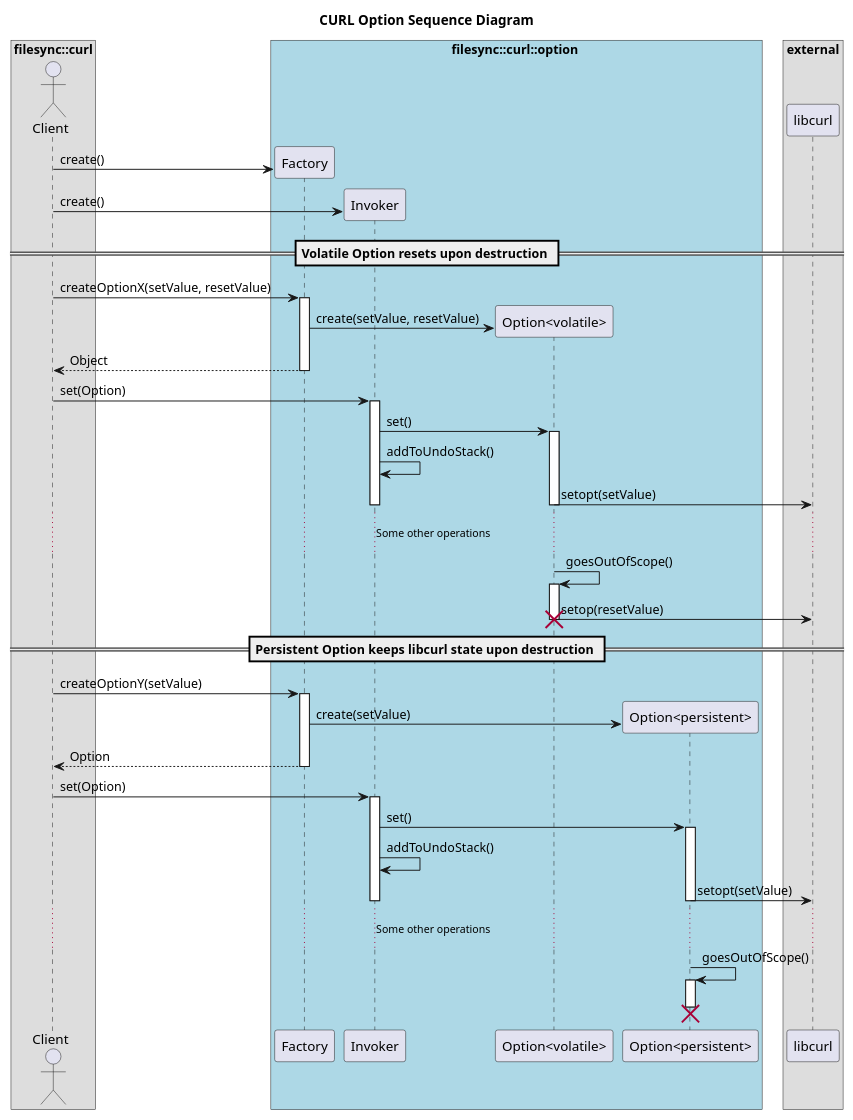
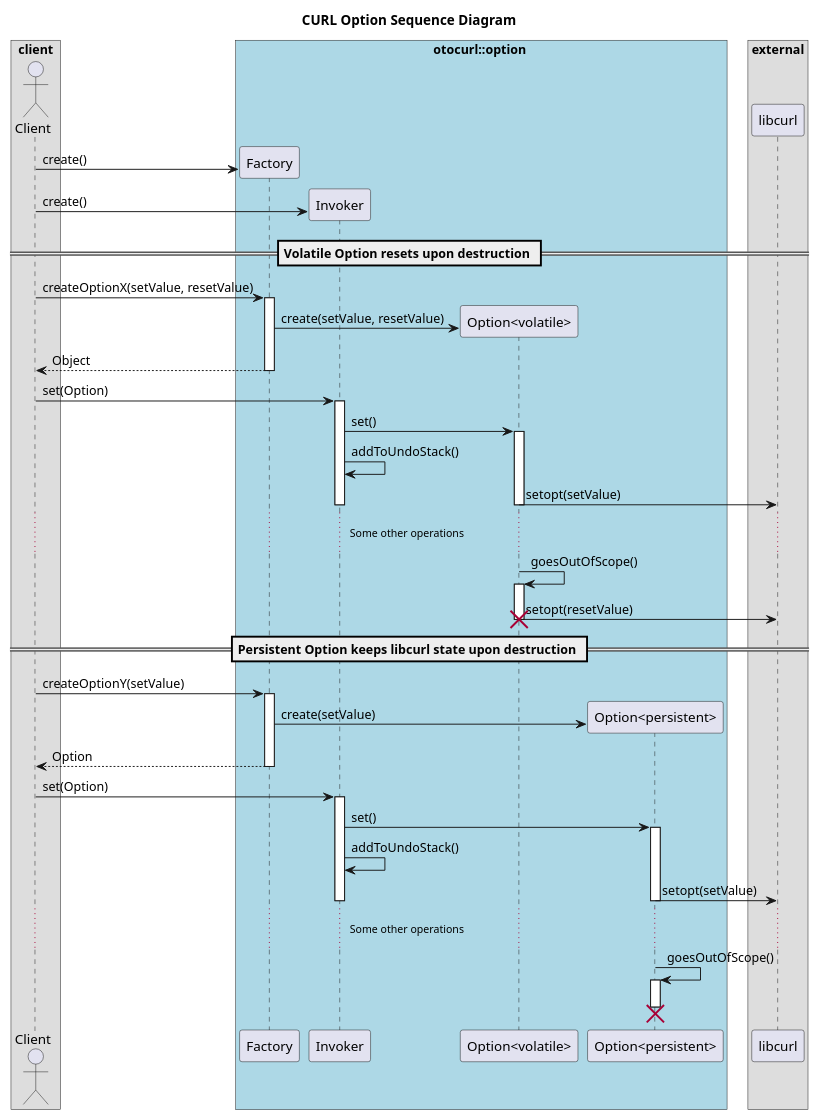
The diagram in libotocurl/option/doc/seq.puml (kfpgk/libotocurl), drawn with PlantUML before and after one commit. The commit also changed 26 other files, not shown here.

Commit message:
Add in line documentation of option package and adjust formatting in uml diagrams

```diff
--- a/libotocurl/option/doc/seq.puml
+++ b/libotocurl/option/doc/seq.puml
@@ -1,53 +1,53 @@
 @startuml curl-option-sequence-diagram
 
 title CURL Option Sequence Diagram
 
-box "filesync::curl"
+box "client"
     actor Client
 end box
 
-box filesync::curl::option #lightblue
+box otocurl::option #lightblue
     participant Factory
     participant Invoker
     participant "Option<volatile>" as volatileOption
     participant "Option<persistent>" as persistentOption 
 end box
 
 box external
     participant libcurl
 end box
 
 Client -> Factory ** : create()
 Client -> Invoker ** : create()
 
 == Volatile Option resets upon destruction ==
 Client -> Factory ++ : createOptionX(setValue, resetValue)
 Factory -> volatileOption ** : create(setValue, resetValue)
 return Object
 Client -> Invoker ++ : set(Option)
 Invoker -> volatileOption ++ : set()
 Invoker -> Invoker : addToUndoStack()
 volatileOption -> libcurl : setopt(setValue)
 deactivate volatileOption
 deactivate Invoker
 ... Some other operations ...
 volatileOption -> volatileOption ++ : goesOutOfScope()
-volatileOption -> libcurl : setop(resetValue)
+volatileOption -> libcurl : setopt(resetValue)
 destroy volatileOption
 
 == Persistent Option keeps libcurl state upon destruction ==
 
 Client -> Factory ++ : createOptionY(setValue)
 Factory -> persistentOption ** : create(setValue)
 return Option
 Client -> Invoker ++ : set(Option)
 Invoker -> persistentOption ++ : set()
 Invoker -> Invoker : addToUndoStack()
 persistentOption -> libcurl : setopt(setValue)
 deactivate persistentOption
 deactivate Invoker
 ... Some other operations ...
 persistentOption -> persistentOption ++ : goesOutOfScope()
 destroy persistentOption
 
 @enduml
```
